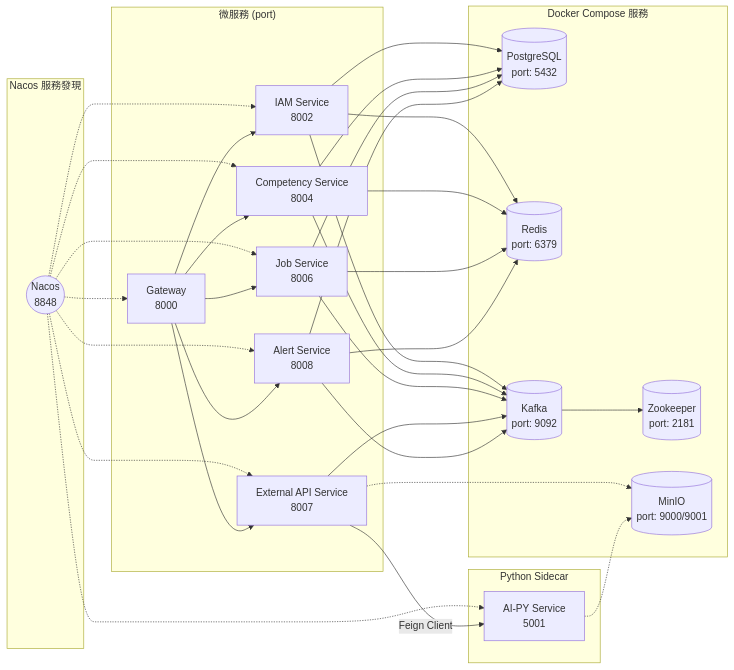
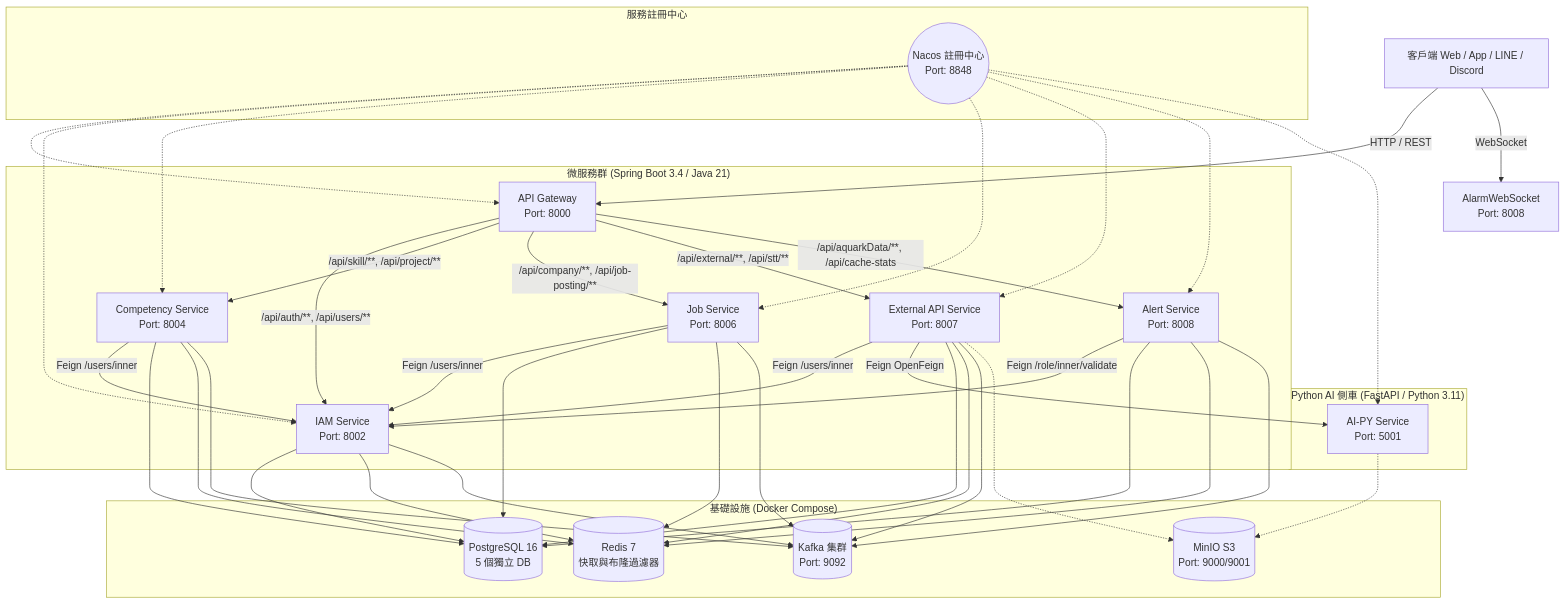
One commit to twinatrick/Backend-Architecture-Lab changed the first of 14 diagrams in README.md. Above: the diagram before and after it, drawn with Mermaid. The commit also changed other lines of this file, not shown here.

````diff
--- a/README.md
+++ b/README.md
@@ -273,37 +34,42 @@
 ```mermaid
-graph LR
-    subgraph "Docker Compose 服務"
-        PG[(PostgreSQL<br/>port: 5432)]
-        RD[(Redis<br/>port: 6379)]
-        ZK[(Zookeeper<br/>port: 2181)]
-        KF[(Kafka<br/>port: 9092)]
-        MINIO[(MinIO<br/>port: 9000/9001)]
+graph TB
+    Client["客戶端 Web / App / LINE / Discord"] -->|HTTP / REST| GW["API Gateway<br/>Port: 8000"]
+    Client -->|WebSocket| WS["AlarmWebSocket<br/>Port: 8008"]
+
+    subgraph "服務註冊中心"
+        NC(("Nacos 註冊中心<br/>Port: 8848"))
     end
 
-    subgraph "微服務 (port)"
-        GW[Gateway<br/>8000]
-        IAM[IAM Service<br/>8002]
-        COMP[Competency Service<br/>8004]
-        JOB[Job Service<br/>8006]
-        EXT[External API Service<br/>8007]
-        ALT[Alert Service<br/>8008]
+    subgraph "微服務群 (Spring Boot 3.4 / Java 21)"
+        GW -->|/api/auth/**, /api/users/**| IAM["IAM Service<br/>Port: 8002"]
+        GW -->|/api/skill/**, /api/project/**| COMP["Competency Service<br/>Port: 8004"]
+        GW -->|/api/company/**, /api/job-posting/**| JOB["Job Service<br/>Port: 8006"]
+        GW -->|/api/external/**, /api/stt/**| EXT["External API Service<br/>Port: 8007"]
+        GW -->|/api/aquarkData/**, /api/cache-stats| ALT["Alert Service<br/>Port: 8008"]
     end
 
-    subgraph "Python Sidecar"
-        AIPY[AI-PY Service<br/>5001]
-    end
-
-    subgraph "Nacos 服務發現"
-        NC((Nacos<br/>8848))
+    subgraph "Python AI 側車 (FastAPI / Python 3.11)"
+        AIPY["AI-PY Service<br/>Port: 5001"]
     end
 
     NC -.-> GW & IAM & COMP & JOB & EXT & ALT & AIPY
 
-    GW --> IAM & COMP & JOB & EXT & ALT
-    EXT -->|Feign Client| AIPY
-    IAM & COMP & JOB & ALT --> PG
-    IAM & COMP & JOB & ALT --> RD
+    %% 跨服務 Feign 調用
+    COMP -->|Feign /users/inner| IAM
+    JOB -->|Feign /users/inner| IAM
+    EXT -->|Feign /users/inner| IAM
+    ALT -->|Feign /role/inner/validate| IAM
+    EXT -->|Feign OpenFeign| AIPY
+
+    subgraph "基礎設施 (Docker Compose)"
+        PG[("PostgreSQL 16<br/>5 個獨立 DB")]
+        RD[("Redis 7<br/>快取與布隆過濾器")]
+        KF[("Kafka 集群<br/>Port: 9092")]
+        MINIO[("MinIO S3<br/>Port: 9000/9001")]
+    end
+
+    IAM & COMP & JOB & EXT & ALT --> PG
+    IAM & COMP & JOB & EXT & ALT --> RD
     IAM & COMP & JOB & EXT & ALT --> KF
-    KF --> ZK
     EXT & AIPY -.-> MINIO
 ```
````
